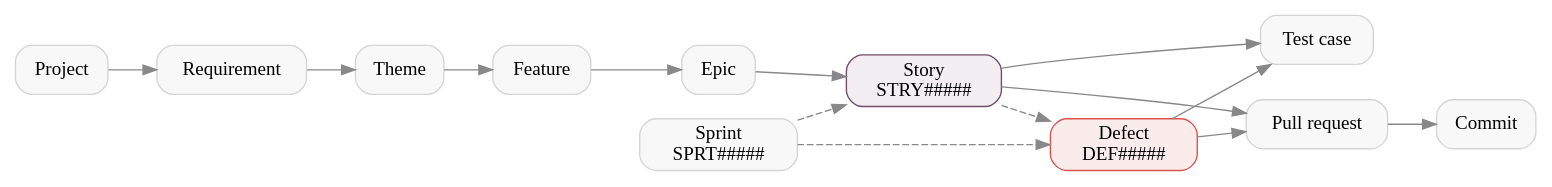
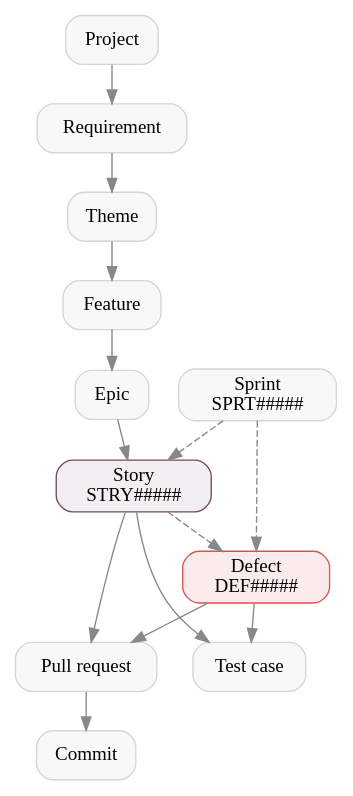
The diagram in content/delivery/sdlc.rst (metalogicdigital/erp-docs), drawn with Graphviz before and after one commit. The commit also changed 8 other files, not shown here.

Commit message:
Make diagrams readable: sans-serif labels, wrap long flows into rows

```diff
--- a/content/delivery/sdlc.rst
+++ b/content/delivery/sdlc.rst
@@ -12,24 +12,24 @@
 .. graphviz::
    :caption: Planning hierarchy and development traceability
 
    digraph sdlc {
-      rankdir=LR;
+      rankdir=TB; nodesep=0.3; ranksep=0.4;
       node [shape=box, style="rounded,filled", fillcolor="#F8F8F8", color="#D5D5D5"];
       edge [color="#888888"];
       project [label="Project"];
       req [label="Requirement"];
       theme [label="Theme"];
       feature [label="Feature"];
       epic [label="Epic"];
       story [label="Story\nSTRY#####", fillcolor="#f3eef1", color="#714B67"];
       defect [label="Defect\nDEF#####", fillcolor="#fbecec", color="#D9534F"];
       sprint [label="Sprint\nSPRT#####"];
       pr [label="Pull request"];
       commit [label="Commit"];
       test [label="Test case"];
       project -> req -> theme -> feature -> epic -> story;
       story -> defect [style=dashed];
       sprint -> story [style=dashed]; sprint -> defect [style=dashed];
       story -> pr; defect -> pr; pr -> commit;
       story -> test; defect -> test;
    }
```
